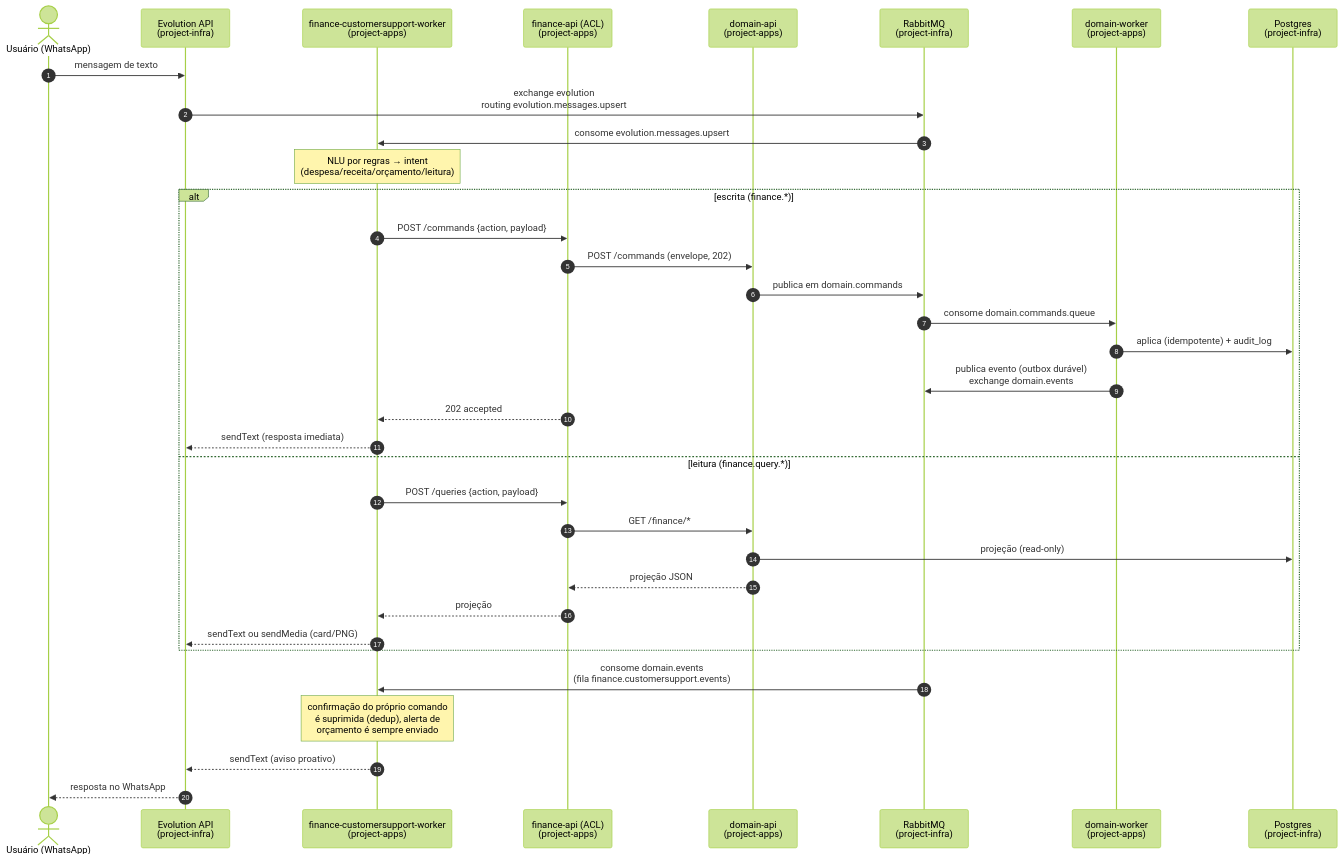
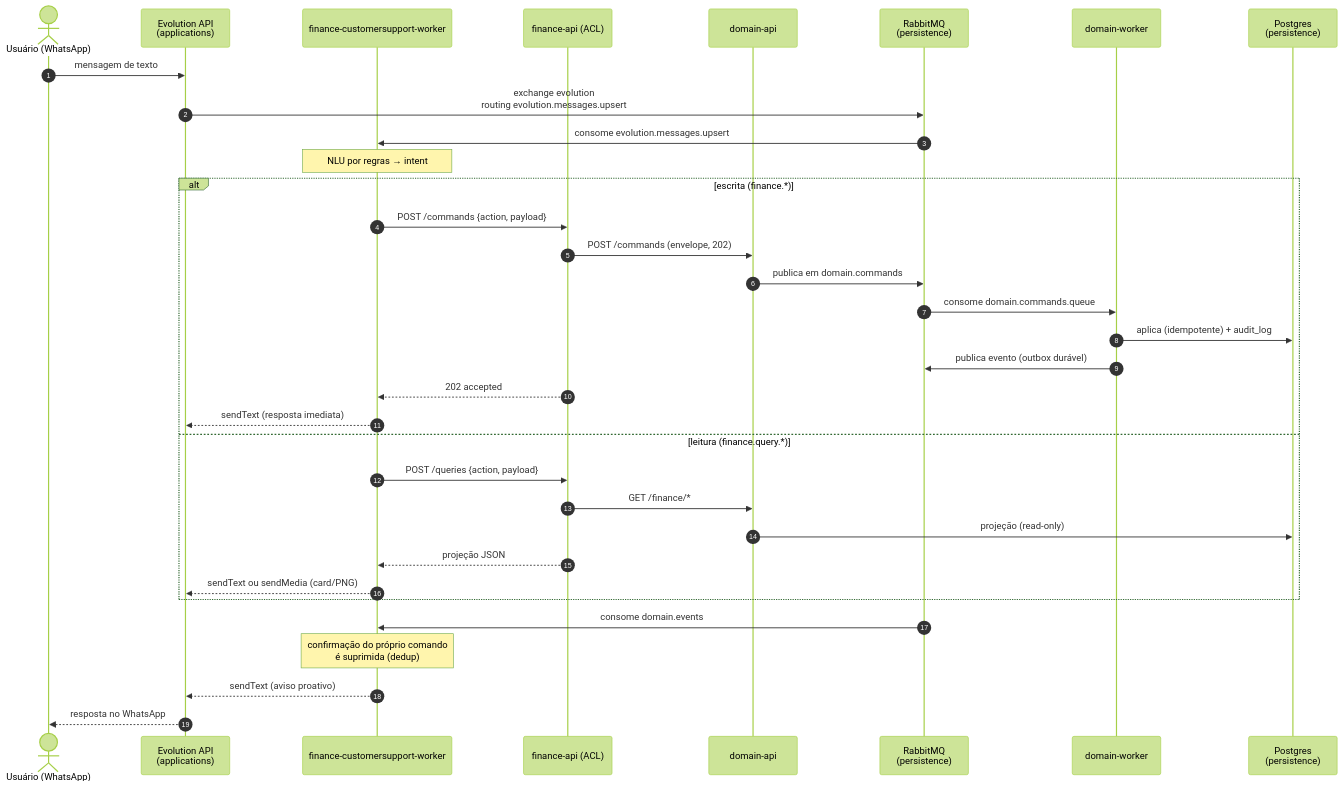
One commit to giomartinsdev/gio-random-projects changed the third of 5 diagrams in docs/architecture.md. Above: the diagram before and after it, drawn with Mermaid (forest theme). The commit also changed other lines of this file and 844 other files, not shown here.

````diff
--- a/docs/architecture.md
+++ b/docs/architecture.md
@@ -96,41 +128,39 @@
 ```mermaid
 sequenceDiagram
   autonumber
   actor U as Usuário (WhatsApp)
-  participant EV as Evolution API<br/>(project-infra)
-  participant W as finance-customersupport-worker<br/>(project-apps)
-  participant F as finance-api (ACL)<br/>(project-apps)
-  participant DA as domain-api<br/>(project-apps)
-  participant RMQ as RabbitMQ<br/>(project-infra)
-  participant DW as domain-worker<br/>(project-apps)
-  participant PG as Postgres<br/>(project-infra)
+  participant EV as Evolution API<br/>(applications)
+  participant W as finance-customersupport-worker
+  participant F as finance-api (ACL)
+  participant DA as domain-api
+  participant RMQ as RabbitMQ<br/>(persistence)
+  participant DW as domain-worker
+  participant PG as Postgres<br/>(persistence)
 
   U->>EV: mensagem de texto
   EV->>RMQ: exchange evolution<br/>routing evolution.messages.upsert
   RMQ->>W: consome evolution.messages.upsert
-
-  Note over W: NLU por regras → intent<br/>(despesa/receita/orçamento/leitura)
+  Note over W: NLU por regras → intent
 
   alt escrita (finance.*)
     W->>F: POST /commands {action, payload}
     F->>DA: POST /commands (envelope, 202)
     DA->>RMQ: publica em domain.commands
     RMQ->>DW: consome domain.commands.queue
     DW->>PG: aplica (idempotente) + audit_log
-    DW->>RMQ: publica evento (outbox durável)<br/>exchange domain.events
+    DW->>RMQ: publica evento (outbox durável)
     F-->>W: 202 accepted
     W-->>EV: sendText (resposta imediata)
   else leitura (finance.query.*)
     W->>F: POST /queries {action, payload}
     F->>DA: GET /finance/*
     DA->>PG: projeção (read-only)
-    DA-->>F: projeção JSON
-    F-->>W: projeção
+    F-->>W: projeção JSON
     W-->>EV: sendText ou sendMedia (card/PNG)
   end
 
-  RMQ->>W: consome domain.events<br/>(fila finance.customersupport.events)
-  Note over W: confirmação do próprio comando<br/>é suprimida (dedup), alerta de<br/>orçamento é sempre enviado
+  RMQ->>W: consome domain.events
+  Note over W: confirmação do próprio comando<br/>é suprimida (dedup)
   W-->>EV: sendText (aviso proativo)
   EV-->>U: resposta no WhatsApp
 ```
````
